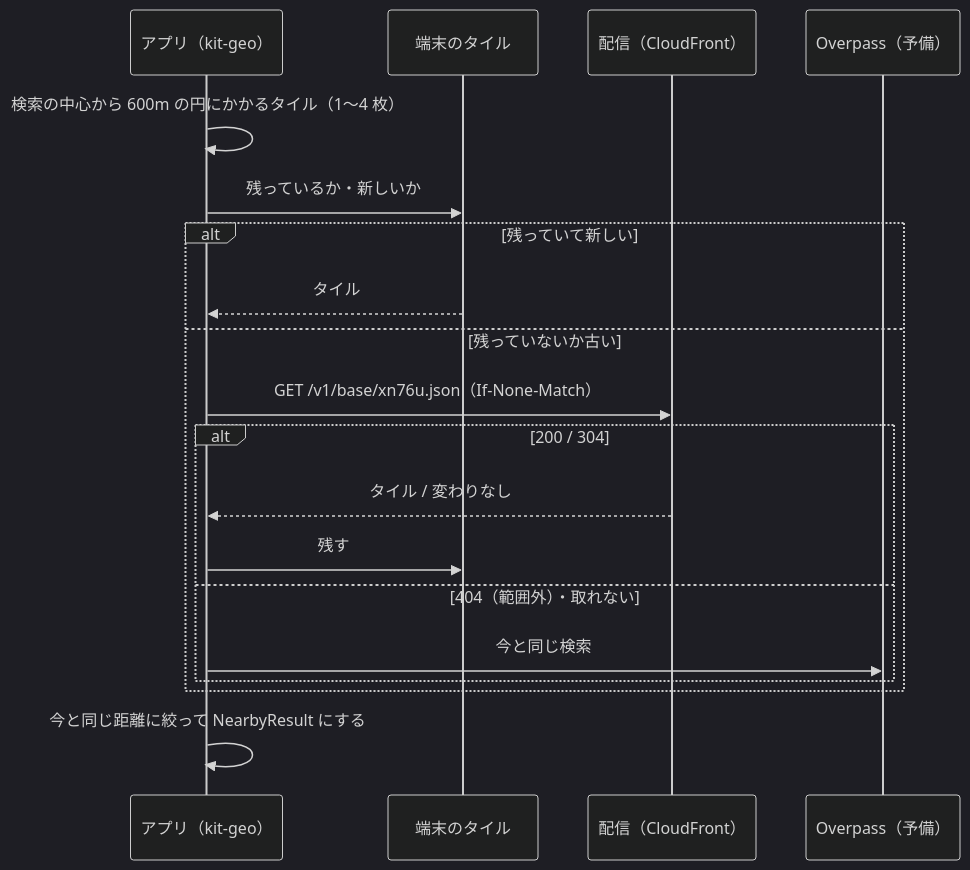
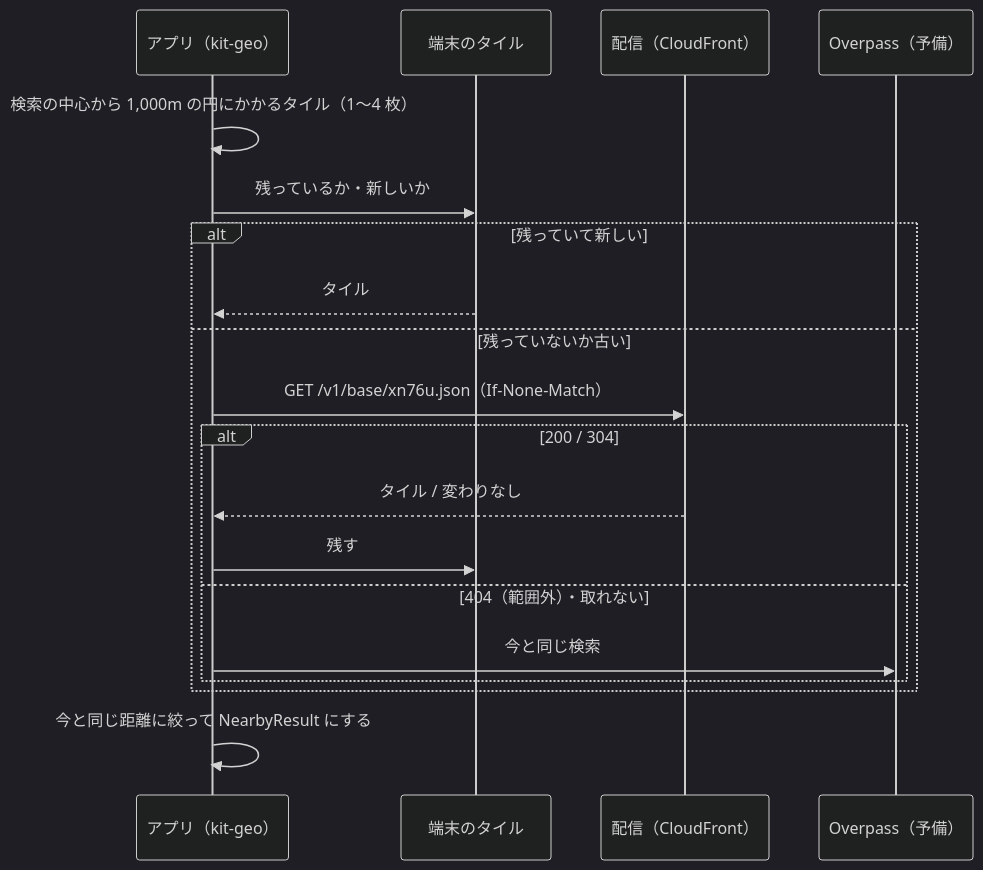
One commit to duwenji/yorisoi-platform changed the second of 2 diagrams in docs/contracts/API-SPOT-TILES.md. Above: the diagram before and after it, drawn with Mermaid (dark theme). The commit also changed other lines of this file and 20 other files, not shown here.

First line of the commit message:
feat(kit-geo, core-format): スポットを 1km で取り、駅・橋・坂・図書館・劇場と周りの見どころの一覧を足す

````diff
--- a/docs/contracts/API-SPOT-TILES.md
+++ b/docs/contracts/API-SPOT-TILES.md
@@ -114,21 +114,21 @@
 ```mermaid
 sequenceDiagram
     participant A as アプリ（kit-geo）
     participant C as 端末のタイル
     participant D as 配信（CloudFront）
     participant O as Overpass（予備）
-    A->>A: 検索の中心から 600m の円にかかるタイル（1〜4 枚）
+    A->>A: 検索の中心から 1,000m の円にかかるタイル（1〜4 枚）
     A->>C: 残っているか・新しいか
     alt 残っていて新しい
         C-->>A: タイル
     else 残っていないか古い
         A->>D: GET /v1/base/xn76u.json（If-None-Match）
         alt 200 / 304
             D-->>A: タイル / 変わりなし
             A->>C: 残す
         else 404（範囲外）・取れない
             A->>O: 今と同じ検索
         end
     end
     A->>A: 今と同じ距離に絞って NearbyResult にする
 ```
````
